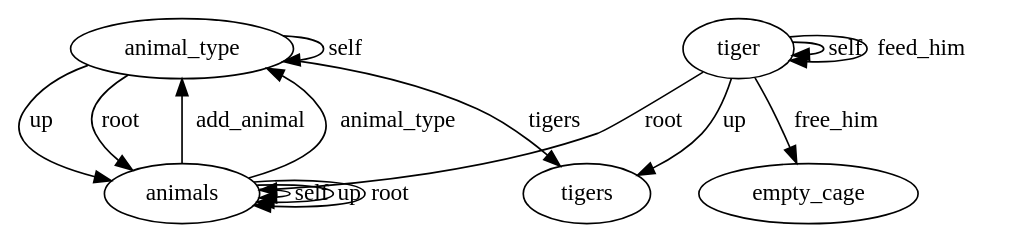
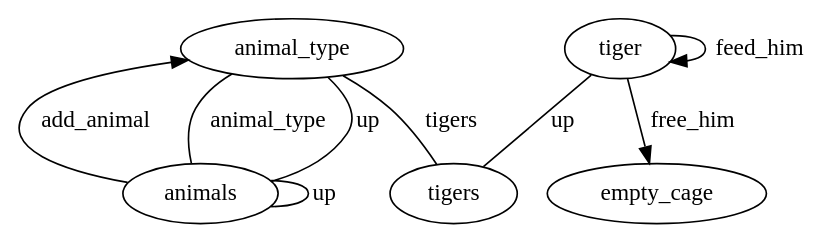
Before and after one commit to mooreniemi/pica: the diagram in examples/zoo/zoo.dot, drawn with Graphviz. The commit also changed 3 other files, not shown here.

Commit message:
graph shows idempotency

```diff
--- a/examples/zoo/zoo.dot
+++ b/examples/zoo/zoo.dot
@@ -1,31 +1,19 @@
 digraph {
 	
-	  animal_type -> animal_type [label="self"];
+	  animal_type -> tigers [label="tigers" dir="none"];
   
-	  animal_type -> tigers [label="tigers"];
+	  animal_type -> animals [label="up" dir="none"];
   
-	  animal_type -> animals [label="up"];
+	  animals -> animal_type [label="add_animal" dir=""];
   
-	  animal_type -> animals [label="root"];
+	  animals -> animal_type [label="animal_type" dir="none"];
   
-	  animals -> animals [label="self"];
+	  animals -> animals [label="up" dir="none"];
   
-	  animals -> animal_type [label="add_animal"];
+	  tiger -> empty_cage [label="free_him" dir=""];
   
-	  animals -> animal_type [label="animal_type"];
+	  tiger -> tiger [label="feed_him" dir=""];
   
-	  animals -> animals [label="up"];
-  
-	  animals -> animals [label="root"];
-  
-	  tiger -> tiger [label="self"];
-  
-	  tiger -> empty_cage [label="free_him"];
-  
-	  tiger -> tiger [label="feed_him"];
-  
-	  tiger -> tigers [label="up"];
-  
-	  tiger -> animals [label="root"];
+	  tiger -> tigers [label="up" dir="none"];
   
 }
```
